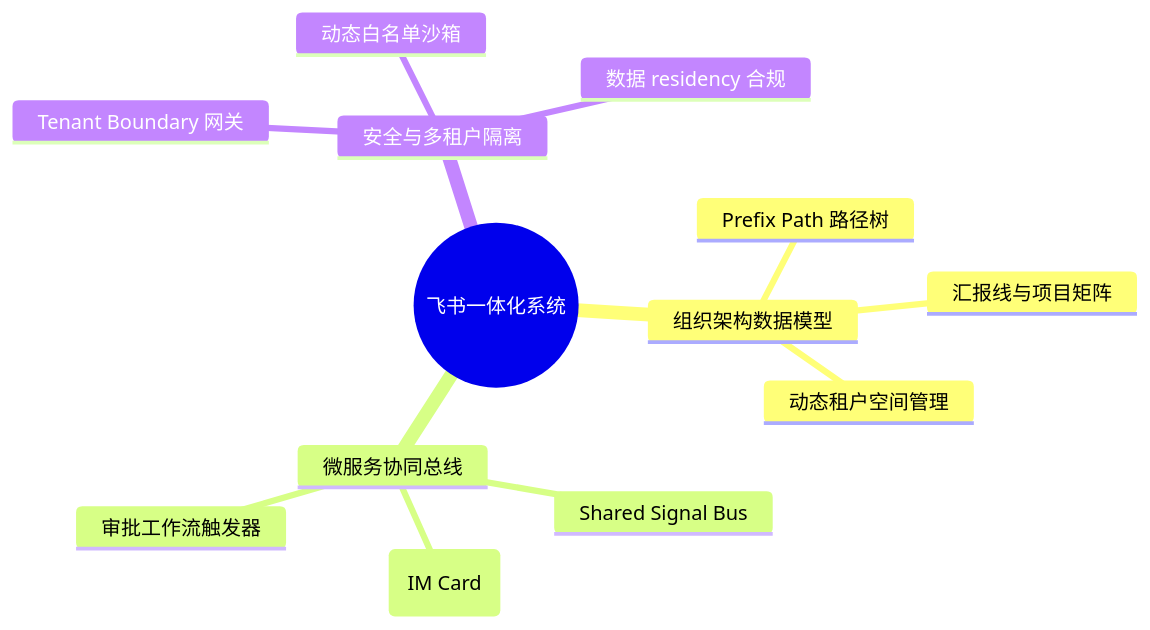
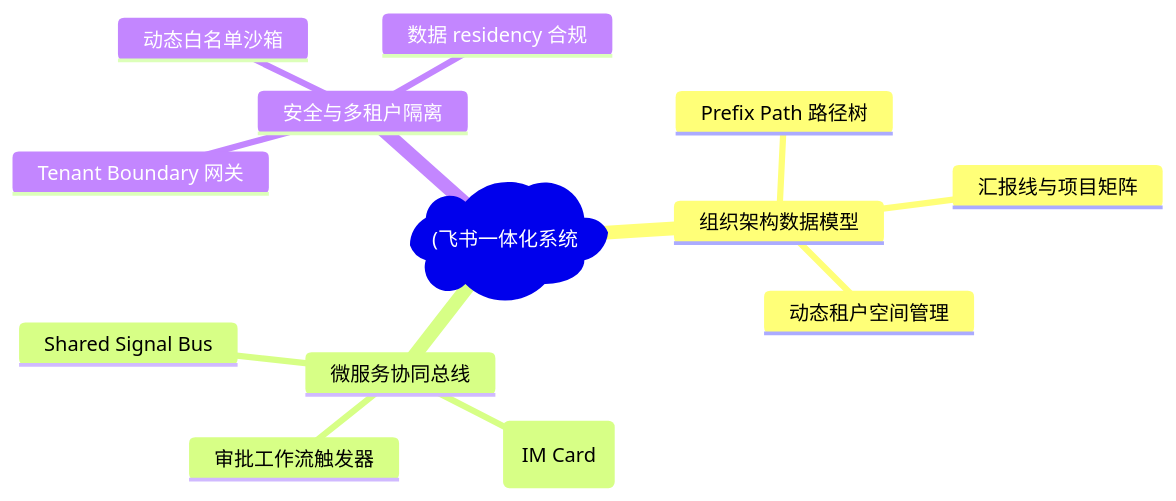
The first of 7 diagrams in docs/atlas/feishu.mdx (koosai/AI-Architect-Learning), drawn with Mermaid before and after one commit. The commit also changed other lines of this file and 187 other files, not shown here.

Commit message:
fix(mermaid): fix all unquoted parens and edge label syntax errors across all docs

````diff
--- a/docs/atlas/feishu.mdx
+++ b/docs/atlas/feishu.mdx
@@ -67,16 +67,16 @@
 ```mermaid
 mindmap
-  root((飞书一体化系统))
+  root("(飞书一体化系统"))
     组织架构数据模型
       Prefix Path 路径树
       汇报线与项目矩阵
       动态租户空间管理
     微服务协同总线
       Shared Signal Bus
       实时交互卡片 (IM Card)
       审批工作流触发器
     安全与多租户隔离
       Tenant Boundary 网关
       动态白名单沙箱
       数据 residency 合规
 ```
````
